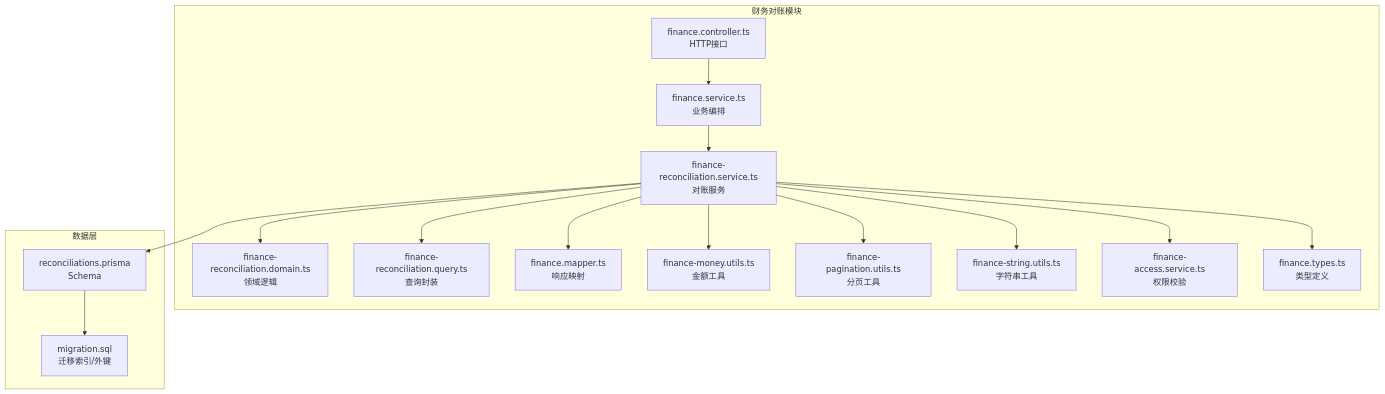
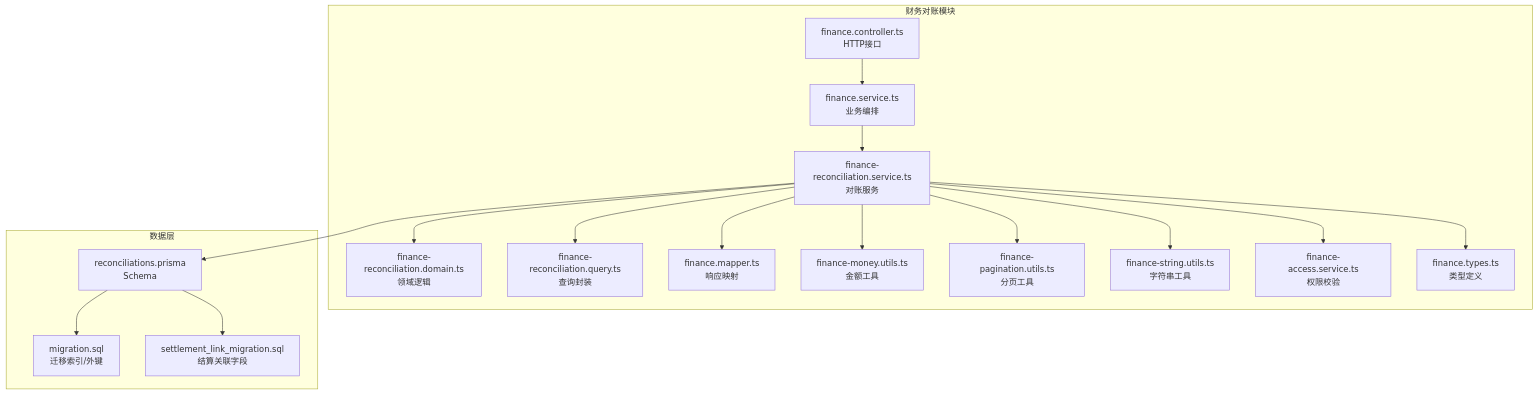
Before and after one commit to rc558620/purelyprofit-server: the first of 7 diagrams in .qoder/repowiki/zh/content/业务模块/财务管理模块/财务对账.md, drawn with Mermaid. The commit also changed other lines of this file and 8 other files, not shown here.

````diff
--- a/.qoder/repowiki/zh/content/业务模块/财务管理模块/财务对账.md
+++ b/.qoder/repowiki/zh/content/业务模块/财务管理模块/财务对账.md
@@ -49,31 +57,33 @@
 ```mermaid
 graph TB
 subgraph "财务对账模块"
 C["finance.controller.ts<br/>HTTP接口"]
 S["finance.service.ts<br/>业务编排"]
 SRV["finance-reconciliation.service.ts<br/>对账服务"]
 D["finance-reconciliation.domain.ts<br/>领域逻辑"]
 Q["finance-reconciliation.query.ts<br/>查询封装"]
 M["finance.mapper.ts<br/>响应映射"]
 U1["finance-money.utils.ts<br/>金额工具"]
 U2["finance-pagination.utils.ts<br/>分页工具"]
 U3["finance-string.utils.ts<br/>字符串工具"]
 ACC["finance-access.service.ts<br/>权限校验"]
 T["finance.types.ts<br/>类型定义"]
 end
 subgraph "数据层"
 P["reconciliations.prisma<br/>Schema"]
 MIG["migration.sql<br/>迁移索引/外键"]
+MIG2["settlement_link_migration.sql<br/>结算关联字段"]
 end
 C --> S --> SRV
 SRV --> D
 SRV --> Q
 SRV --> ACC
 SRV --> U1
 SRV --> U2
 SRV --> U3
 SRV --> M
 SRV --> T
 SRV --> P
 P --> MIG
+P --> MIG2
 ```
````
